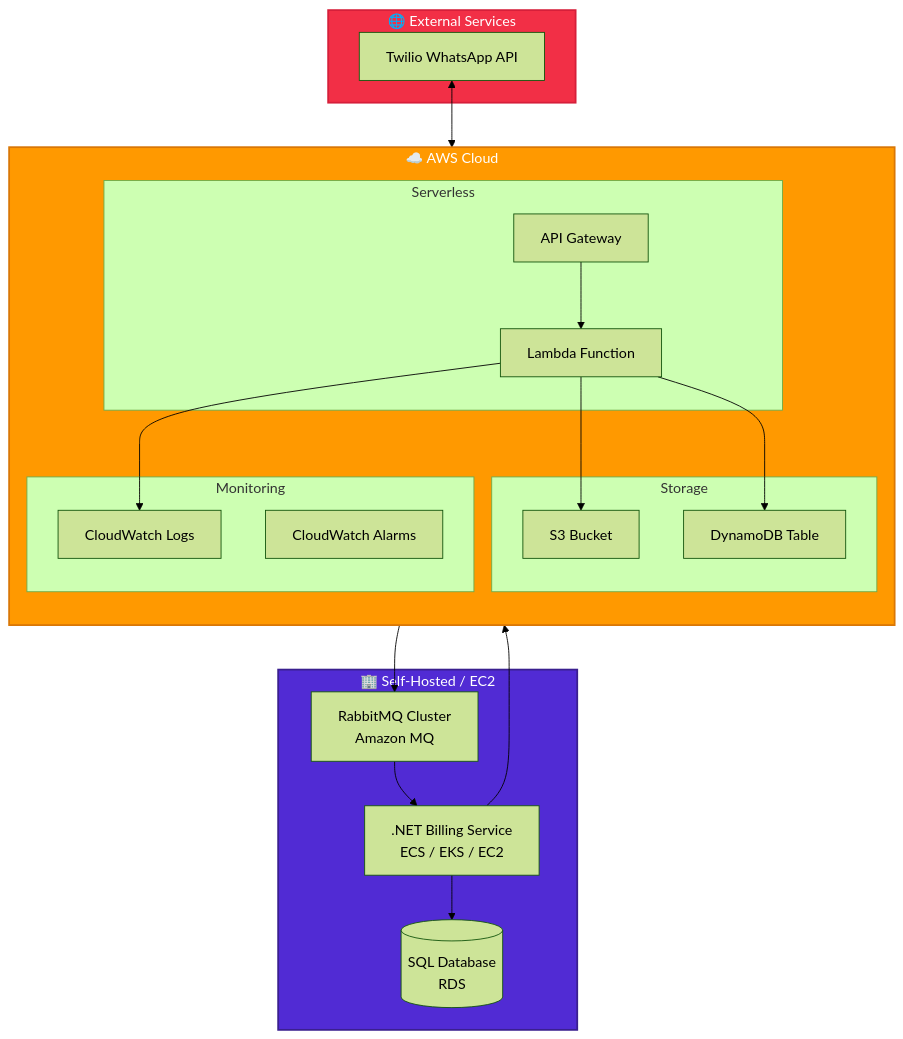
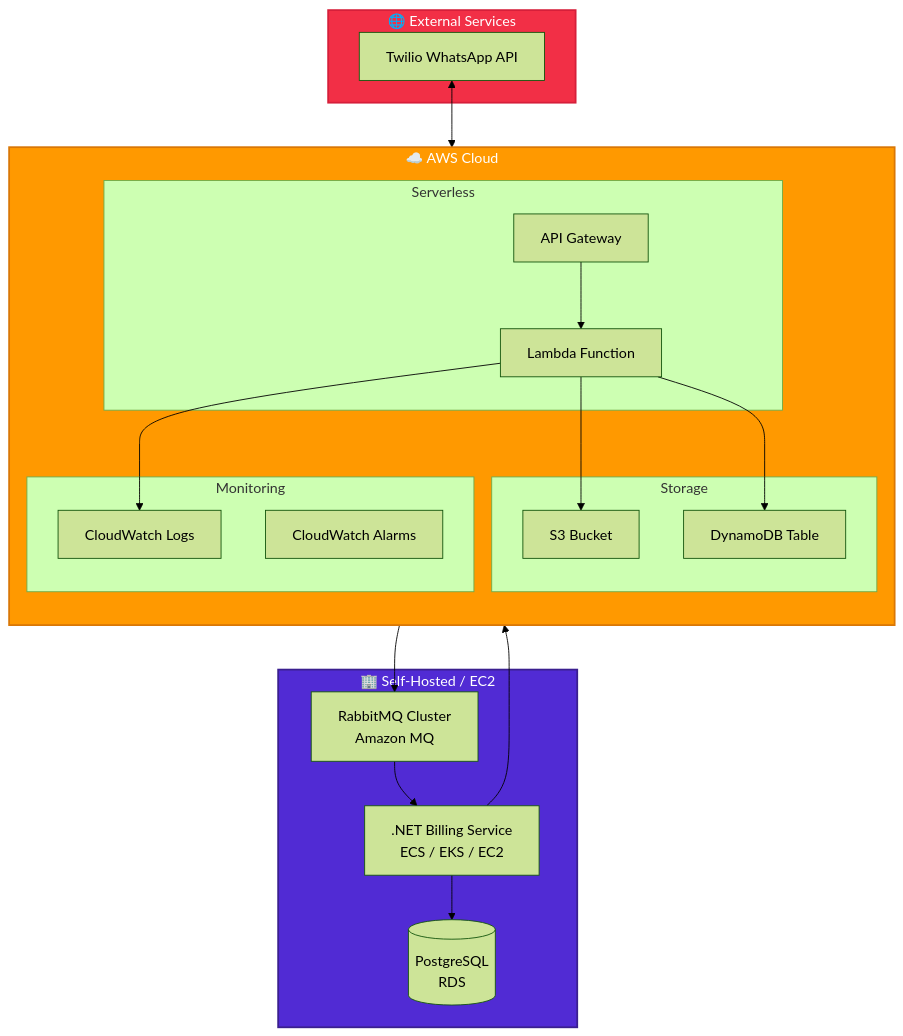
The sixth of 6 diagrams in README.md (Mphozazo/Whatsapp-meter-reading-system), drawn with Mermaid (forest theme) before and after one commit. The commit also changed other lines of this file, not shown here.

````diff
--- a/README.md
+++ b/README.md
@@ -414,44 +414,44 @@
 ```mermaid
  flowchart TB
     subgraph AWS["☁️ AWS Cloud"]
         direction TB
         subgraph Serverless["Serverless"]
             APIGW[API Gateway]
             Lambda[Lambda Function]
         end
         
         subgraph Storage["Storage"]
             S3[S3 Bucket]
             DynamoDB[DynamoDB Table]
         end
         
         subgraph Monitoring["Monitoring"]
             CloudWatch[CloudWatch Logs]
             Alarms[CloudWatch Alarms]
         end
     end
     
     subgraph External["🌐 External Services"]
         Twilio[Twilio WhatsApp API]
     end
     
     subgraph OnPrem["🏢 Self-Hosted / EC2"]
         RabbitMQ[RabbitMQ Cluster<br/>Amazon MQ]
         BillingService[.NET Billing Service<br/>ECS / EKS / EC2]
-        Database[(SQL Database<br/>RDS)]
+        Database[(PostgreSQL<br/>RDS)]
     end
 
     Twilio <--> APIGW
     APIGW --> Lambda
     Lambda --> S3
     Lambda --> DynamoDB
     Lambda --> CloudWatch
     Lambda --> RabbitMQ
     RabbitMQ --> BillingService
     BillingService --> Database
     BillingService --> Alarms
 
     style AWS fill:#FF9900,stroke:#D97706,stroke-width:2px,color:#fff
     style External fill:#F22F46,stroke:#D61F3A,stroke-width:2px,color:#fff
     style OnPrem fill:#512BD4,stroke:#3A1F8F,stroke-width:2px,color:#fff
   ```
````
